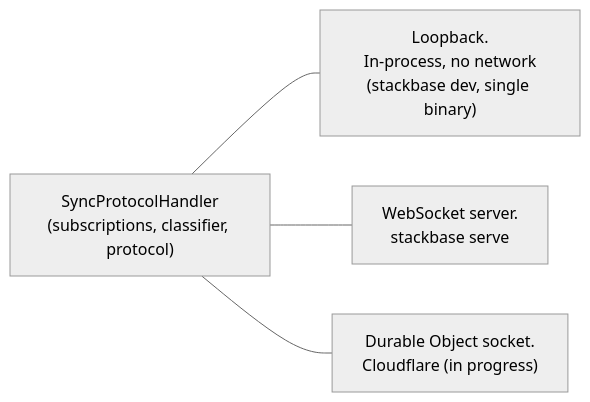
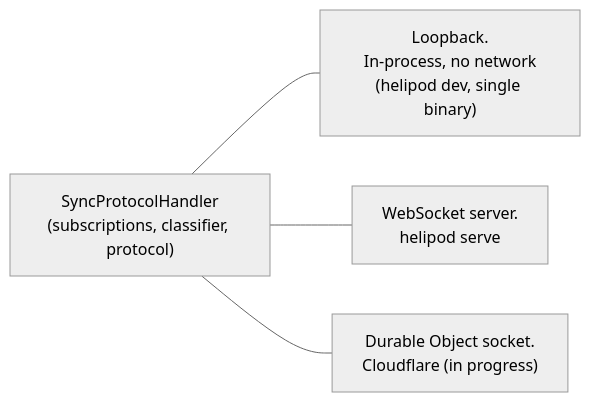
One commit to helipod-sh/helipod changed the fourth of 4 diagrams in website/content/docs/contributing/architecture/reactivity.mdx. Above: the diagram before and after it, drawn with Mermaid (neutral theme). The commit also changed other lines of this file and 1141 other files, not shown here.

First line of the commit message:
feat: rename project from stackbase to helipod

````diff
--- a/website/content/docs/contributing/architecture/reactivity.mdx
+++ b/website/content/docs/contributing/architecture/reactivity.mdx
@@ -469,7 +469,7 @@
 ```mermaid
 flowchart LR
     H["SyncProtocolHandler<br/>(subscriptions, classifier, protocol)"]
-    H --- L["Loopback.<br/>In-process, no network<br/>(stackbase dev, single binary)"]
-    H --- W["WebSocket server.<br/>stackbase serve"]
+    H --- L["Loopback.<br/>In-process, no network<br/>(helipod dev, single binary)"]
+    H --- W["WebSocket server.<br/>helipod serve"]
     H --- D["Durable Object socket.<br/>Cloudflare (in progress)"]
 ```
````
